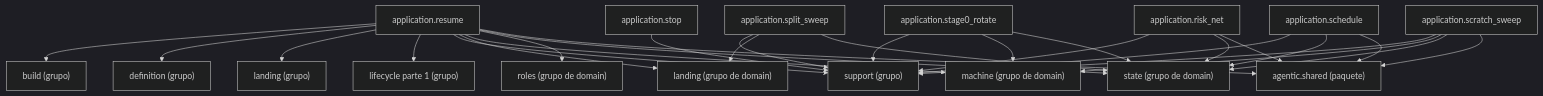
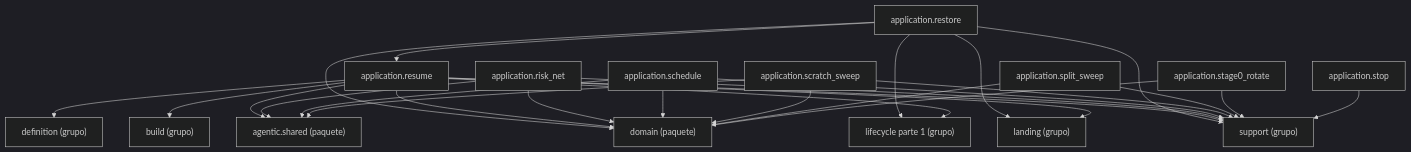
Before and after one commit to GonzaloZevallos/agentic-system: the diagram in docs/architecture/generated/packages-process-application-lifecycle-2.md, drawn with Mermaid (dark theme). The commit also changed other lines of this file and 7 other files, not shown here.

````diff
--- a/docs/architecture/generated/packages-process-application-lifecycle-2.md
+++ b/docs/architecture/generated/packages-process-application-lifecycle-2.md
@@ -16,47 +16,44 @@
 ```mermaid
 graph TD
     g_application__build["build (grupo)"]
     g_application__definition["definition (grupo)"]
     g_application__landing["landing (grupo)"]
     g_application__lifecycle__1["lifecycle parte 1 (grupo)"]
     g_application__support["support (grupo)"]
-    g_domain__landing["landing (grupo de domain)"]
-    g_domain__machine["machine (grupo de domain)"]
-    g_domain__roles["roles (grupo de domain)"]
-    g_domain__state["state (grupo de domain)"]
     g_pkg__agentic__shared["agentic.shared (paquete)"]
+    g_pkg__domain["domain (paquete)"]
+    m_application__restore["application.restore"]
     m_application__resume["application.resume"]
     m_application__risk_net["application.risk_net"]
     m_application__schedule["application.schedule"]
     m_application__scratch_sweep["application.scratch_sweep"]
     m_application__split_sweep["application.split_sweep"]
     m_application__stage0_rotate["application.stage0_rotate"]
     m_application__stop["application.stop"]
+    m_application__restore --> g_application__landing
+    m_application__restore --> g_application__lifecycle__1
+    m_application__restore --> g_application__support
+    m_application__restore --> g_pkg__domain
+    m_application__restore --> m_application__resume
     m_application__resume --> g_application__build
     m_application__resume --> g_application__definition
     m_application__resume --> g_application__landing
     m_application__resume --> g_application__lifecycle__1
     m_application__resume --> g_application__support
-    m_application__resume --> g_domain__landing
-    m_application__resume --> g_domain__machine
-    m_application__resume --> g_domain__roles
-    m_application__resume --> g_domain__state
     m_application__resume --> g_pkg__agentic__shared
+    m_application__resume --> g_pkg__domain
     m_application__risk_net --> g_application__support
-    m_application__risk_net --> g_domain__state
     m_application__risk_net --> g_pkg__agentic__shared
+    m_application__risk_net --> g_pkg__domain
     m_application__schedule --> g_application__support
-    m_application__schedule --> g_domain__state
     m_application__schedule --> g_pkg__agentic__shared
+    m_application__schedule --> g_pkg__domain
     m_application__scratch_sweep --> g_application__support
-    m_application__scratch_sweep --> g_domain__machine
-    m_application__scratch_sweep --> g_domain__state
     m_application__scratch_sweep --> g_pkg__agentic__shared
+    m_application__scratch_sweep --> g_pkg__domain
     m_application__split_sweep --> g_application__support
-    m_application__split_sweep --> g_domain__landing
-    m_application__split_sweep --> g_domain__state
+    m_application__split_sweep --> g_pkg__domain
     m_application__stage0_rotate --> g_application__support
-    m_application__stage0_rotate --> g_domain__machine
-    m_application__stage0_rotate --> g_domain__state
+    m_application__stage0_rotate --> g_pkg__domain
     m_application__stop --> g_application__support
 ```
````
